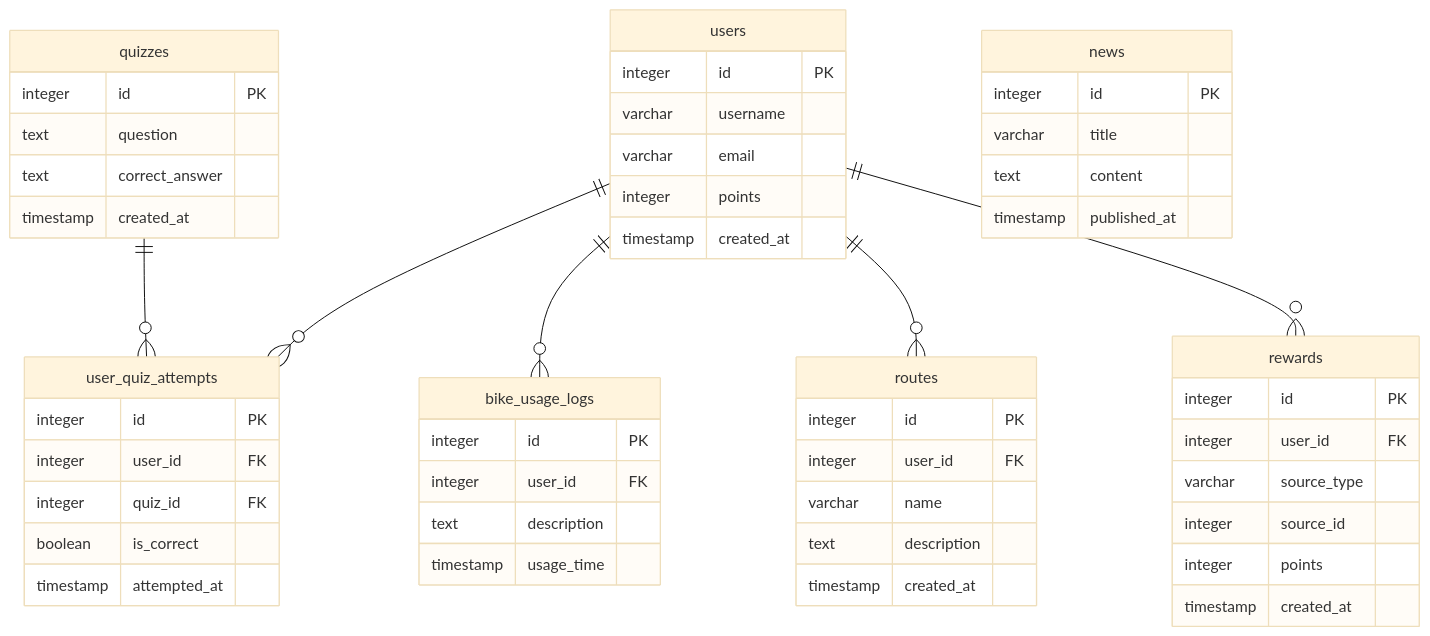
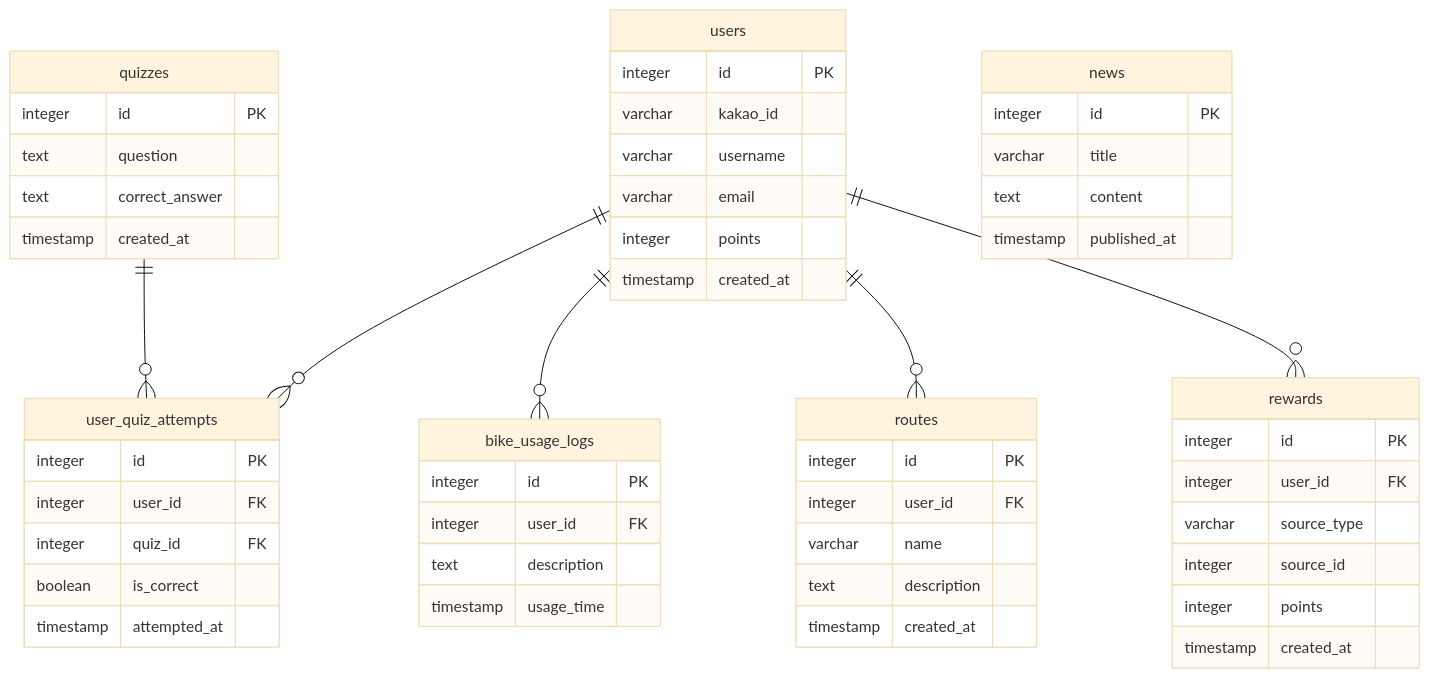
Before and after one commit to HiHoi/LikeBike_backend: the diagram in docs/ERD.md, drawn with Mermaid (base theme). The commit also changed 8 other files, not shown here.

````diff
--- a/docs/ERD.md
+++ b/docs/ERD.md
@@ -3,56 +3,57 @@
 ```mermaid
 erDiagram
     users {
         integer id PK
+        varchar kakao_id
         varchar username
         varchar email
         integer points
         timestamp created_at
     }
     quizzes {
         integer id PK
         text question
         text correct_answer
         timestamp created_at
     }
     user_quiz_attempts {
         integer id PK
         integer user_id FK
         integer quiz_id FK
         boolean is_correct
         timestamp attempted_at
     }
     bike_usage_logs {
         integer id PK
         integer user_id FK
         text description
         timestamp usage_time
     }
     news {
         integer id PK
         varchar title
         text content
         timestamp published_at
     }
     routes {
         integer id PK
         integer user_id FK
         varchar name
         text description
         timestamp created_at
     }
     rewards {
         integer id PK
         integer user_id FK
         varchar source_type
         integer source_id
         integer points
         timestamp created_at
     }
 
     users ||--o{ user_quiz_attempts : "" 
     quizzes ||--o{ user_quiz_attempts : "" 
     users ||--o{ bike_usage_logs : "" 
     users ||--o{ routes : "" 
     users ||--o{ rewards : "" 
 ```
````
